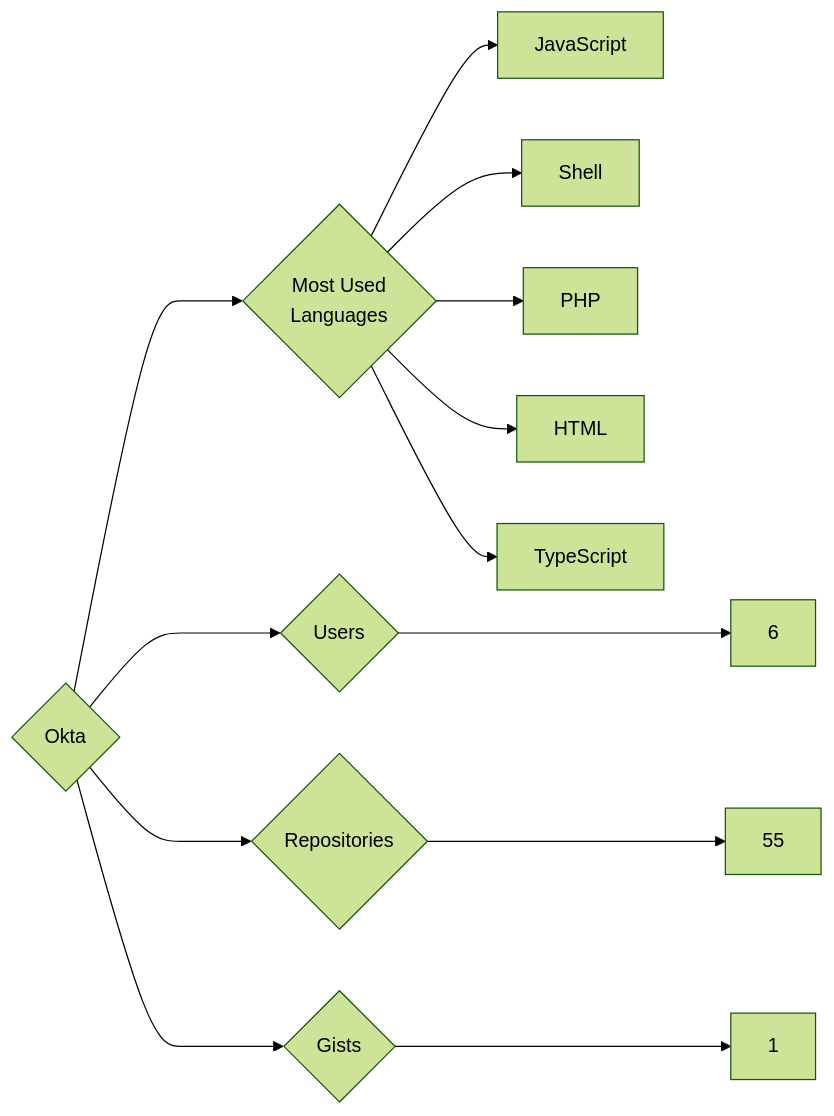
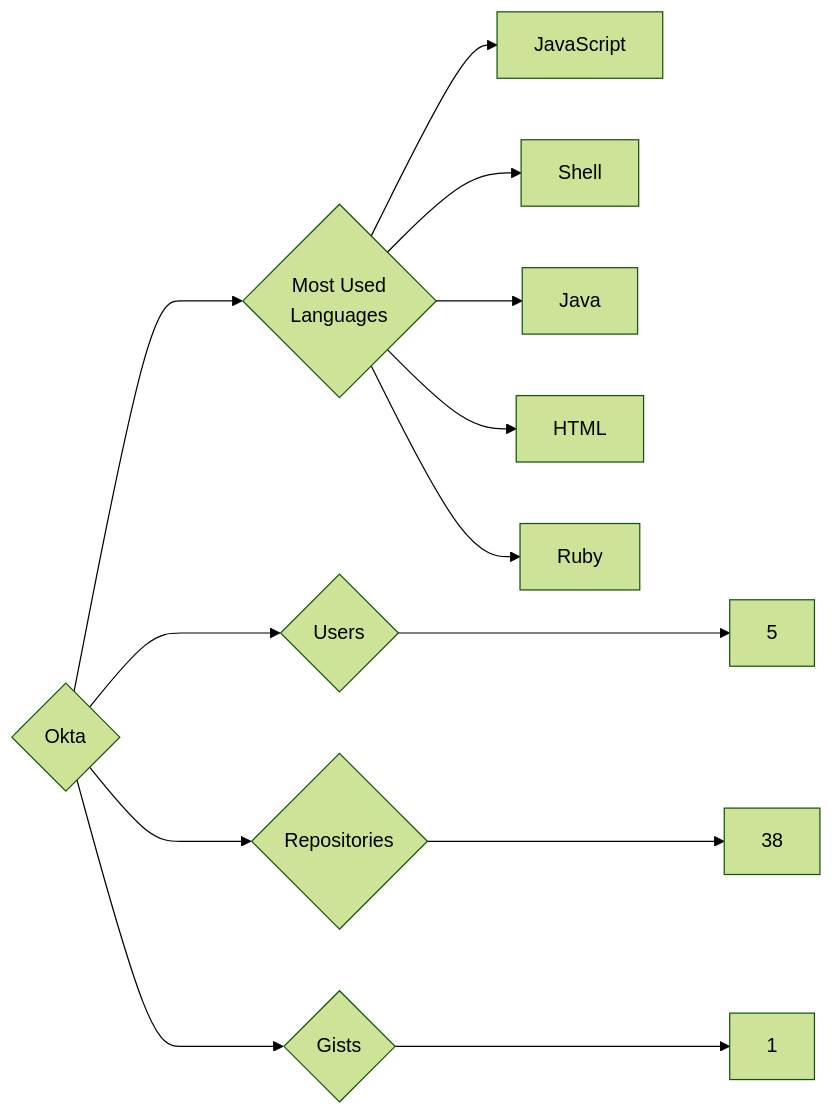
One commit to trickest/insiders changed the diagram in targets/Okta/README.md. Above: the diagram before and after it, drawn with Mermaid (forest theme). The commit also changed 1496 other files, not shown here.

````diff
--- a/targets/Okta/README.md
+++ b/targets/Okta/README.md
@@ -3,13 +3,13 @@
 ```mermaid
 graph LR
 COMPANY_NAME{Okta}
-COMPANY_NAME ---> U{Users} ---> UN[6]
-COMPANY_NAME ---> R{Repositories} ---> RN[55]
+COMPANY_NAME ---> U{Users} ---> UN[5]
+COMPANY_NAME ---> R{Repositories} ---> RN[38]
 COMPANY_NAME ---> G{Gists} ---> GN[1]
 COMPANY_NAME ---> ML{Most Used<br>Languages}
 ML --> JavaScript[JavaScript]
 ML --> Shell[Shell]
-ML --> PHP[PHP]
+ML --> Java[Java]
 ML --> HTML[HTML]
-ML --> TypeScript[TypeScript]
+ML --> Ruby[Ruby]
 ```
````
